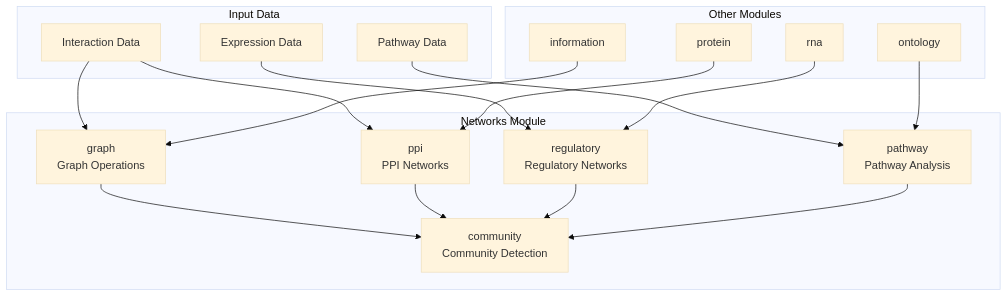
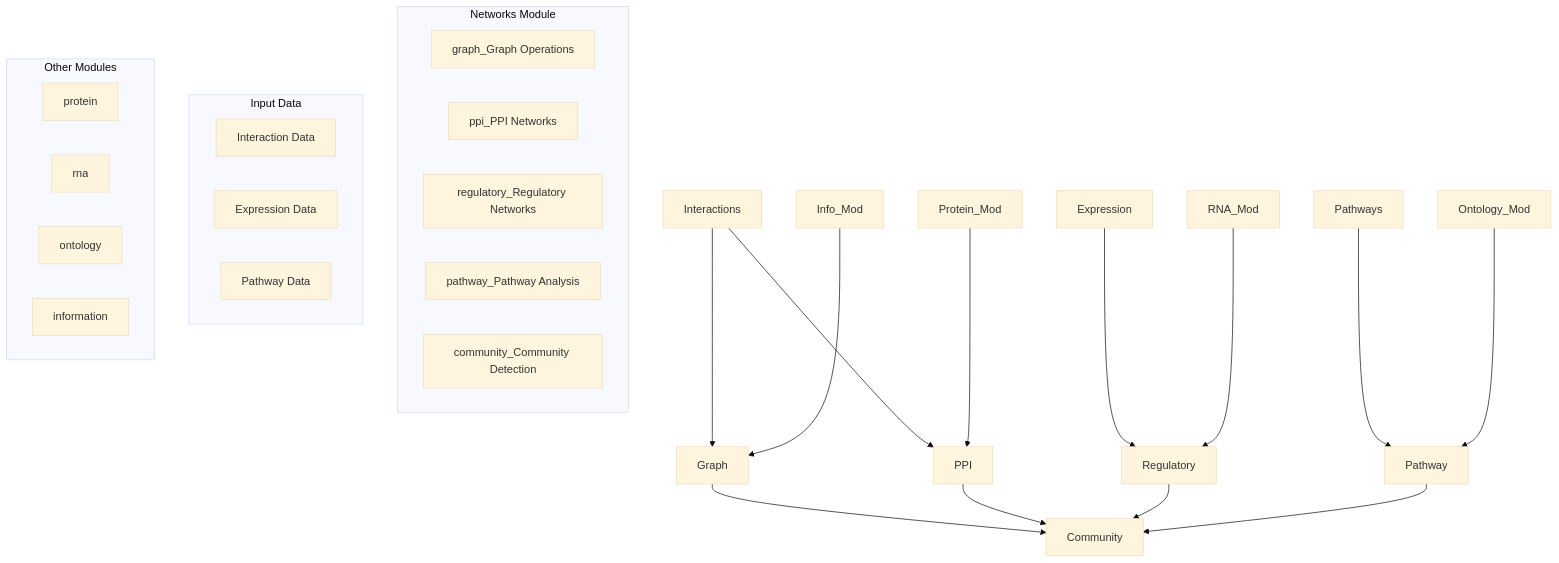
Before and after one commit to docxology/MetaInformAnt: the first of 5 diagrams in src/metainformant/networks/README.md, drawn with Mermaid (base theme). The commit also changed other lines of this file and 611 other files, not shown here.

````diff
--- a/src/metainformant/networks/README.md
+++ b/src/metainformant/networks/README.md
@@ -11,36 +11,36 @@
 ```mermaid
 graph TB
     subgraph "Networks Module"
-        Graph[graph<br/>Graph Operations]
-        PPI[ppi<br/>PPI Networks]
-        Regulatory[regulatory<br/>Regulatory Networks]
-        Pathway[pathway<br/>Pathway Analysis]
-        Community[community<br/>Community Detection]
+        GraphgraphGraphOperations[graph_Graph Operations]
+        PPIppiPpiNetworks[ppi_PPI Networks]
+        RegulatoryregulatoryRegulatoryNetworks[regulatory_Regulatory Networks]
+        PathwaypathwayPathwayAnalysis[pathway_Pathway Analysis]
+        CommunitycommunityCommunityDetection[community_Community Detection]
     end
     
     subgraph "Input Data"
-        Interactions[Interaction Data]
-        Expression[Expression Data]
-        Pathways[Pathway Data]
+        InteractionsinteractionData[Interaction Data]
+        ExpressionexpressionData[Expression Data]
+        PathwayspathwayData[Pathway Data]
     end
     
     subgraph "Other Modules"
-        Protein_Mod[protein]
-        RNA_Mod[rna]
-        Ontology_Mod[ontology]
-        Info_Mod[information]
+        protein[protein]
+        rna[rna]
+        ontology[ontology]
+        information[information]
     end
     
     Interactions --> Graph
     Interactions --> PPI
     Expression --> Regulatory
     Pathways --> Pathway
     Graph --> Community
     PPI --> Community
     Regulatory --> Community
     Pathway --> Community
     Protein_Mod --> PPI
     RNA_Mod --> Regulatory
     Ontology_Mod --> Pathway
     Info_Mod --> Graph
 ```
````
